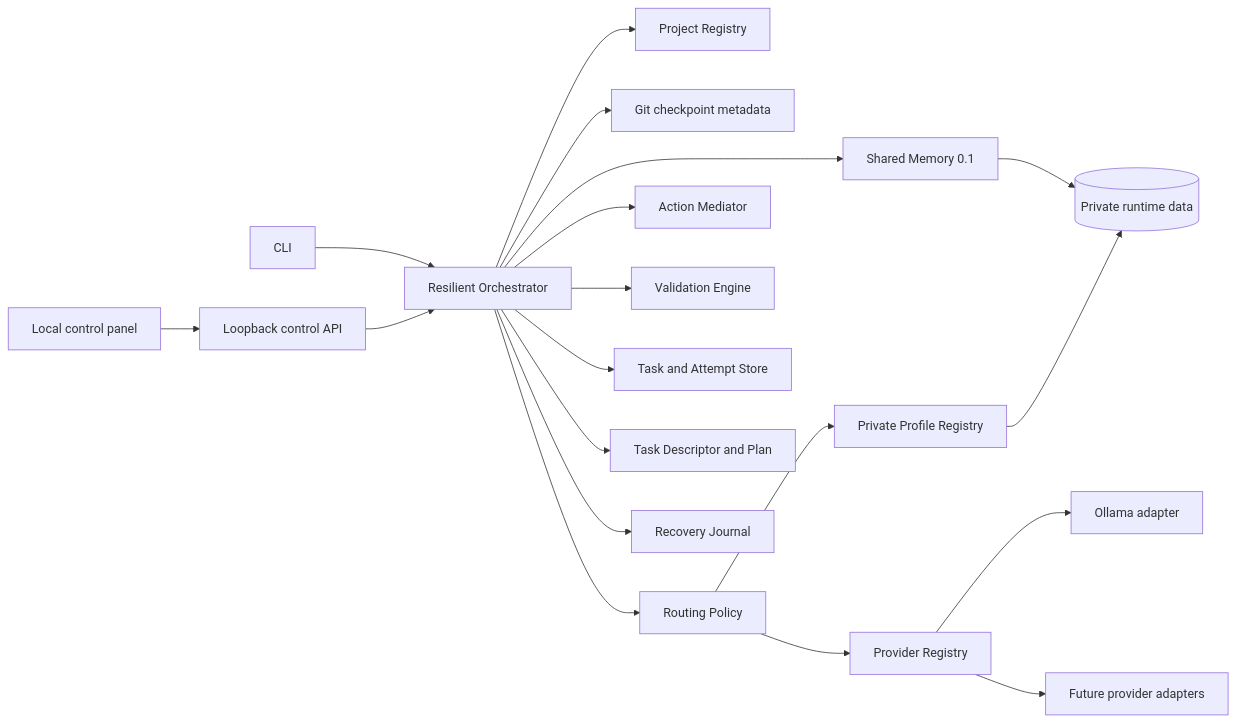
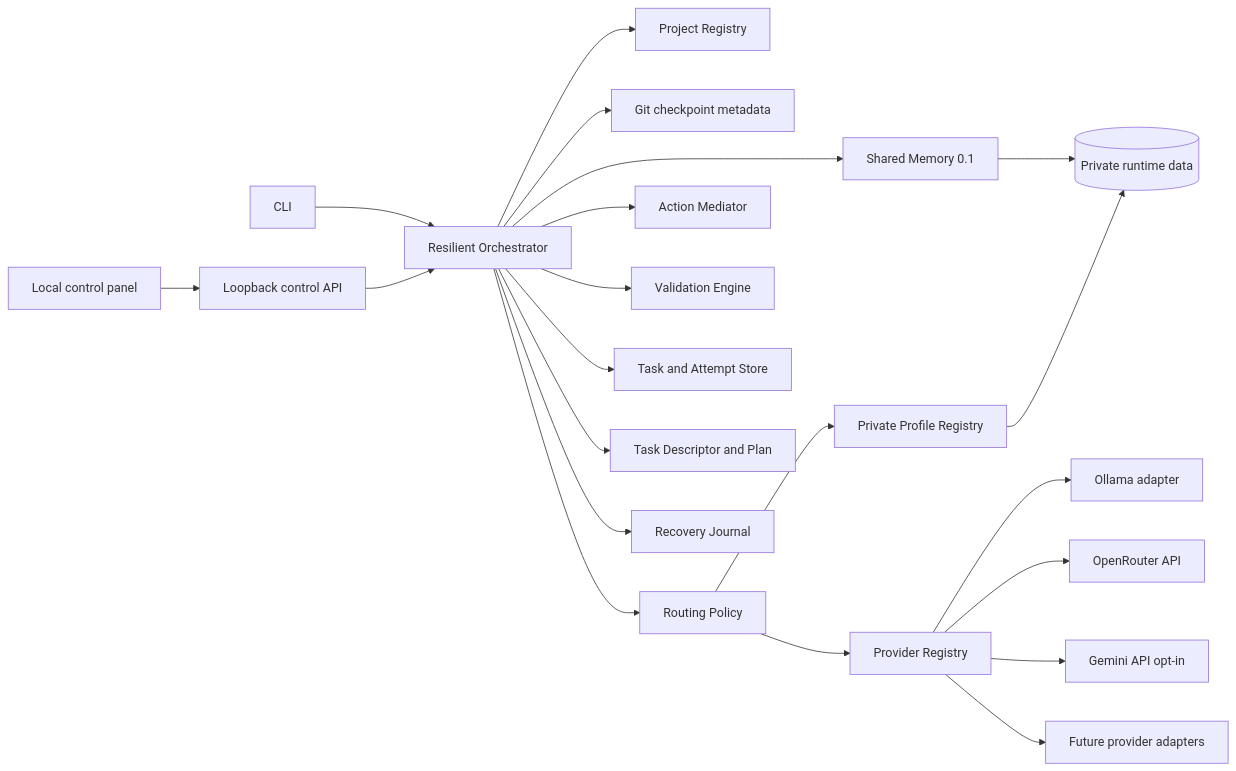
One commit to ricdegre/AI-Router changed the diagram in README.md. Above: the diagram before and after it, drawn with Mermaid. The commit also changed other lines of this file and 25 other files, not shown here.

````diff
--- a/README.md
+++ b/README.md
@@ -41,21 +43,23 @@
 ```mermaid
 flowchart LR
     UI[Local control panel] --> API[Loopback control API]
     CLI[CLI] --> ORCH[Resilient Orchestrator]
     API --> ORCH
     ORCH --> REG[Project Registry]
     ORCH --> MEM[Shared Memory 0.1]
     ORCH --> GIT[Git checkpoint metadata]
     ORCH --> POLICY[Routing Policy]
     ORCH --> ACTIONS[Action Mediator]
     ORCH --> VALIDATE[Validation Engine]
     ORCH --> ATTEMPTS[Task and Attempt Store]
     ORCH --> DESC[Task Descriptor and Plan]
     ORCH --> JOURNAL[Recovery Journal]
     POLICY --> PREG[Provider Registry]
     POLICY --> PROFILES[Private Profile Registry]
     PREG --> OLLAMA[Ollama adapter]
+    PREG --> OPENROUTER[OpenRouter API]
+    PREG --> GEMINI[Gemini API opt-in]
     PREG --> FUTURE[Future provider adapters]
     MEM --> DATA[(Private runtime data)]
     PROFILES --> DATA
 ```
````
